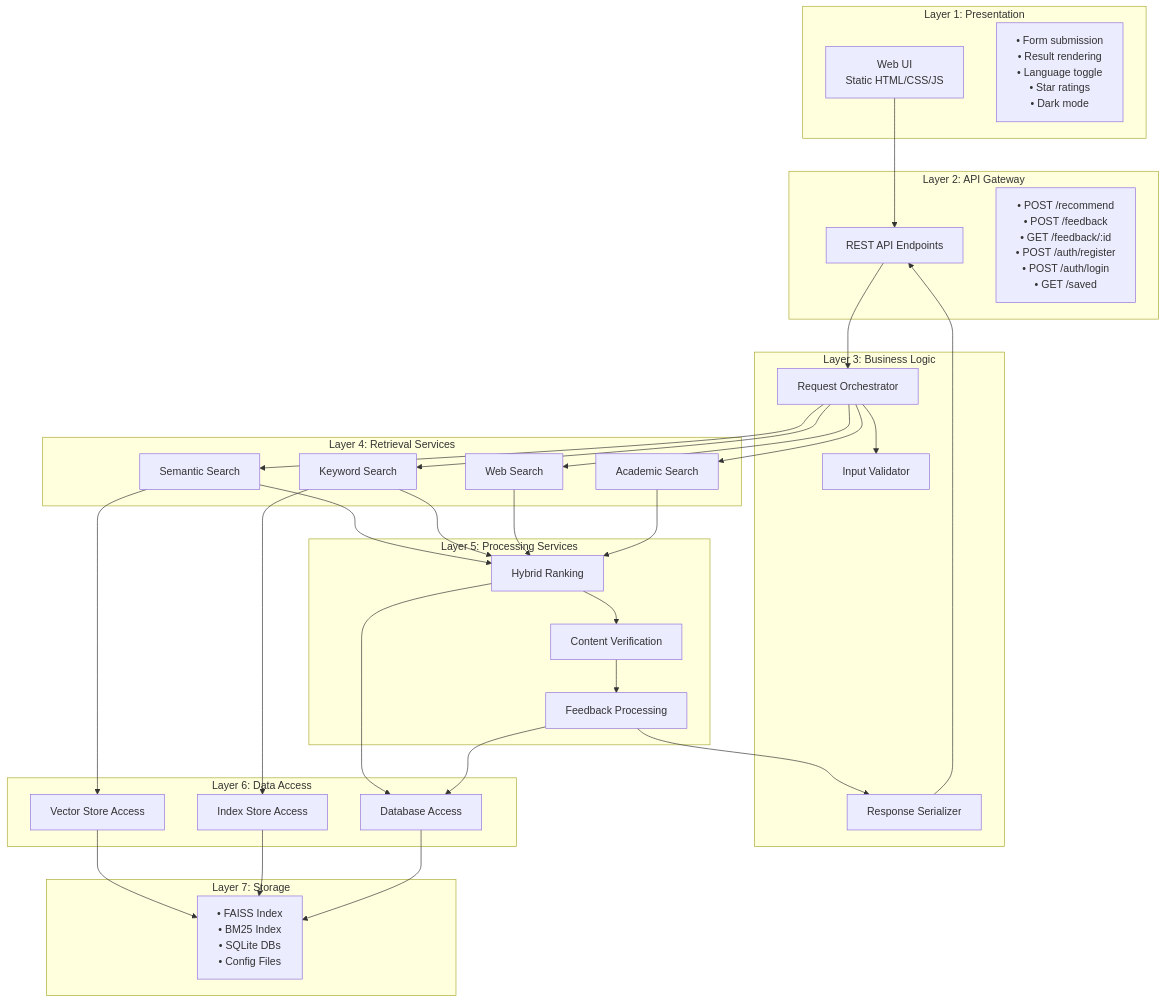
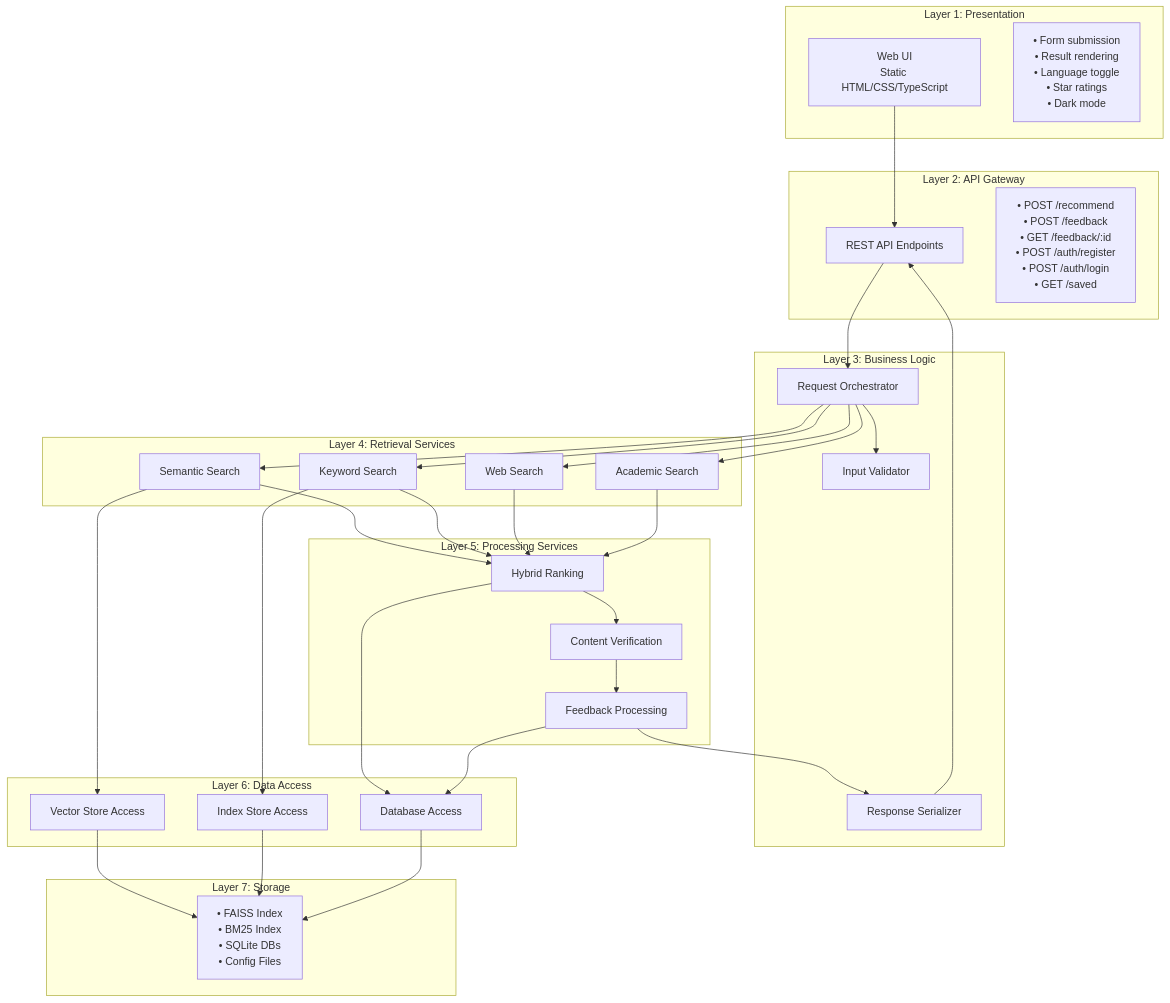
One commit to cr1stiaaana/Licenta_ThesisSourcesRecommender changed the second of 13 diagrams in theory_files/ARHITECTURA_SISTEM.md. Above: the diagram before and after it, drawn with Mermaid. The commit also changed other lines of this file and 11 other files, not shown here.

First line of the commit message:
Add architecture diagrams, thesis articles, and update JS to TypeScript references

````diff
--- a/theory_files/ARHITECTURA_SISTEM.md
+++ b/theory_files/ARHITECTURA_SISTEM.md
@@ -99,68 +99,68 @@
 ```mermaid
 graph TD
     subgraph "Layer 1: Presentation"
-        UI[Web UI<br/>Static HTML/CSS/JS]
+        UI[Web UI<br/>Static HTML/CSS/TypeScript]
         UI_Features[• Form submission<br/>• Result rendering<br/>• Language toggle<br/>• Star ratings<br/>• Dark mode]
     end
 
     subgraph "Layer 2: API Gateway"
         API[REST API Endpoints]
         Routes[• POST /recommend<br/>• POST /feedback<br/>• GET /feedback/:id<br/>• POST /auth/register<br/>• POST /auth/login<br/>• GET /saved]
     end
 
     subgraph "Layer 3: Business Logic"
         Orchestrator[Request Orchestrator]
         Validator[Input Validator]
         Serializer[Response Serializer]
     end
 
     subgraph "Layer 4: Retrieval Services"
         Semantic[Semantic Search]
         Keyword[Keyword Search]
         Web[Web Search]
         Academic[Academic Search]
     end
 
     subgraph "Layer 5: Processing Services"
         Ranker[Hybrid Ranking]
         Verifier[Content Verification]
         Feedback[Feedback Processing]
     end
 
     subgraph "Layer 6: Data Access"
         VectorStore[Vector Store Access]
         IndexStore[Index Store Access]
         DBAccess[Database Access]
     end
 
     subgraph "Layer 7: Storage"
         Storage[• FAISS Index<br/>• BM25 Index<br/>• SQLite DBs<br/>• Config Files]
     end
 
     UI --> API
     API --> Orchestrator
     Orchestrator --> Validator
     Orchestrator --> Semantic
     Orchestrator --> Keyword
     Orchestrator --> Web
     Orchestrator --> Academic
     
     Semantic --> Ranker
     Keyword --> Ranker
     Web --> Ranker
     Academic --> Ranker
     
     Ranker --> Verifier
     Verifier --> Feedback
     Feedback --> Serializer
     Serializer --> API
     
     Semantic --> VectorStore
     Keyword --> IndexStore
     Ranker --> DBAccess
     Feedback --> DBAccess
     
     VectorStore --> Storage
     IndexStore --> Storage
     DBAccess --> Storage
 ```
````
